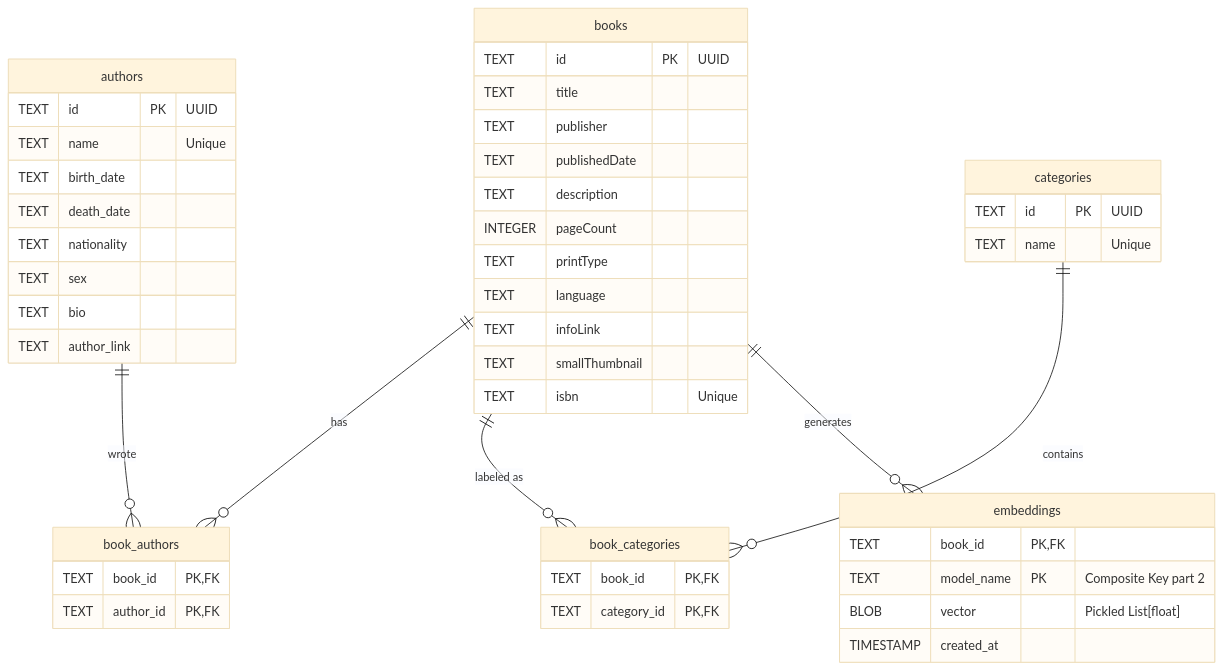
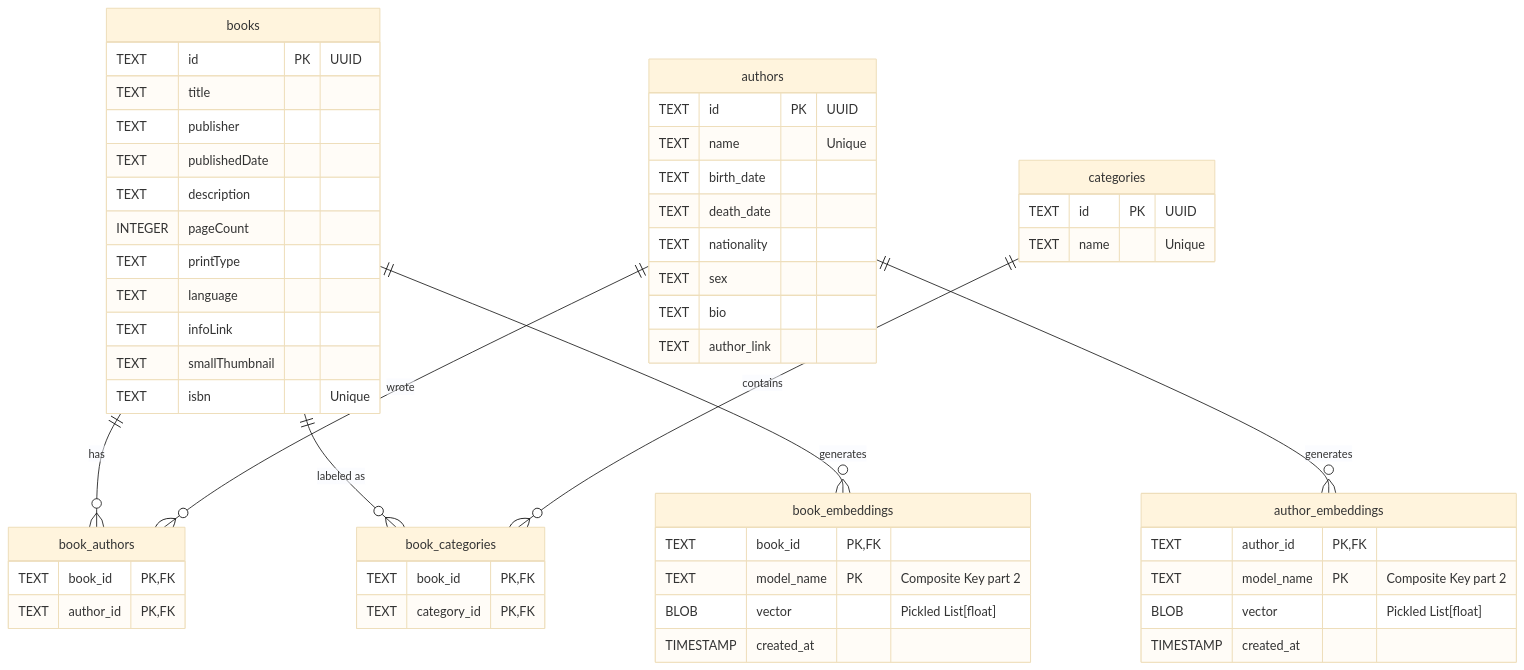
Before and after one commit to GiuseppeMinardi/book_library: the diagram in README.md, drawn with Mermaid (base theme). The commit also changed other lines of this file, not shown here.

Commit message:
refine README to clarify vector embeddings for books and authors

````diff
--- a/README.md
+++ b/README.md
@@ -1,64 +5,73 @@
 ```mermaid
 erDiagram
     %% Core Entity: The Book
     books {
         TEXT id PK "UUID"
         TEXT title
         TEXT publisher
         TEXT publishedDate
         TEXT description
         INTEGER pageCount
         TEXT printType
         TEXT language
         TEXT infoLink
         TEXT smallThumbnail
         TEXT isbn "Unique"
     }
 
     %% Entity: Authors
     authors {
         TEXT id PK "UUID"
         TEXT name "Unique"
         TEXT birth_date
         TEXT death_date
         TEXT nationality
         TEXT sex
         TEXT bio
         TEXT author_link
     }
 
     %% Entity: Categories
     categories {
         TEXT id PK "UUID"
         TEXT name "Unique"
     }
 
     %% Join Table: Many-to-Many relationship between Books and Authors
     book_authors {
         TEXT book_id PK, FK
         TEXT author_id PK, FK
     }
 
     %% Join Table: Many-to-Many relationship between Books and Categories
     book_categories {
         TEXT book_id PK, FK
         TEXT category_id PK, FK
     }
 
-    %% Entity: Vector Embeddings (1-to-Many with Books)
-    embeddings {
+    %% Entity: Book Vector Embeddings (1-to-Many with Books)
+    book_embeddings {
         TEXT book_id PK, FK
+        TEXT model_name PK "Composite Key part 2"
+        BLOB vector "Pickled List[float]"
+        TIMESTAMP created_at
+    }
+
+    %% Entity: Author Vector Embeddings (1-to-Many with Authors)
+    author_embeddings {
+        TEXT author_id PK, FK
         TEXT model_name PK "Composite Key part 2"
         BLOB vector "Pickled List[float]"
         TIMESTAMP created_at
     }
 
     %% Relationships
     books ||--o{ book_authors : "has"
     authors ||--o{ book_authors : "wrote"
     
     books ||--o{ book_categories : "labeled as"
     categories ||--o{ book_categories : "contains"
 
-    books ||--o{ embeddings : "generates"
+    books ||--o{ book_embeddings : "generates"
+    authors ||--o{ author_embeddings : "generates"
 ```
````
